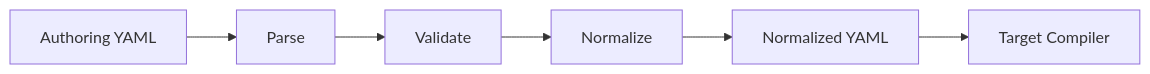
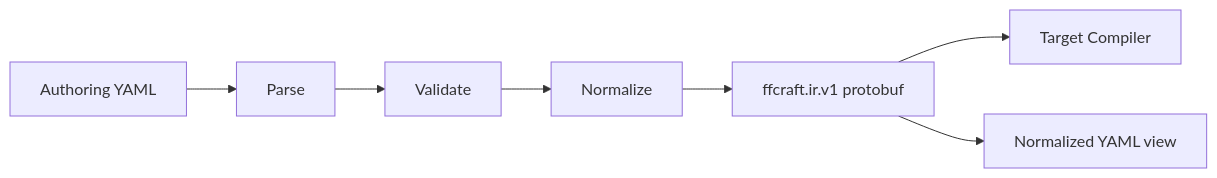
Before and after one commit to satorunooshie/ffcraft: the diagram in README.md, drawn with Mermaid. The commit also changed other lines of this file, not shown here.

Commit message:
README: align public IR documentation

````diff
--- a/README.md
+++ b/README.md
@@ -12,8 +12,9 @@
 ```mermaid
 flowchart LR
     A[Authoring YAML] --> B[Parse]
     B --> C[Validate]
     C --> D[Normalize]
-    D --> E[Normalized YAML]
+    D --> E[ffcraft.ir.v1 protobuf]
     E --> F[Target Compiler]
+    E --> G[Normalized YAML view]
 ```
````
